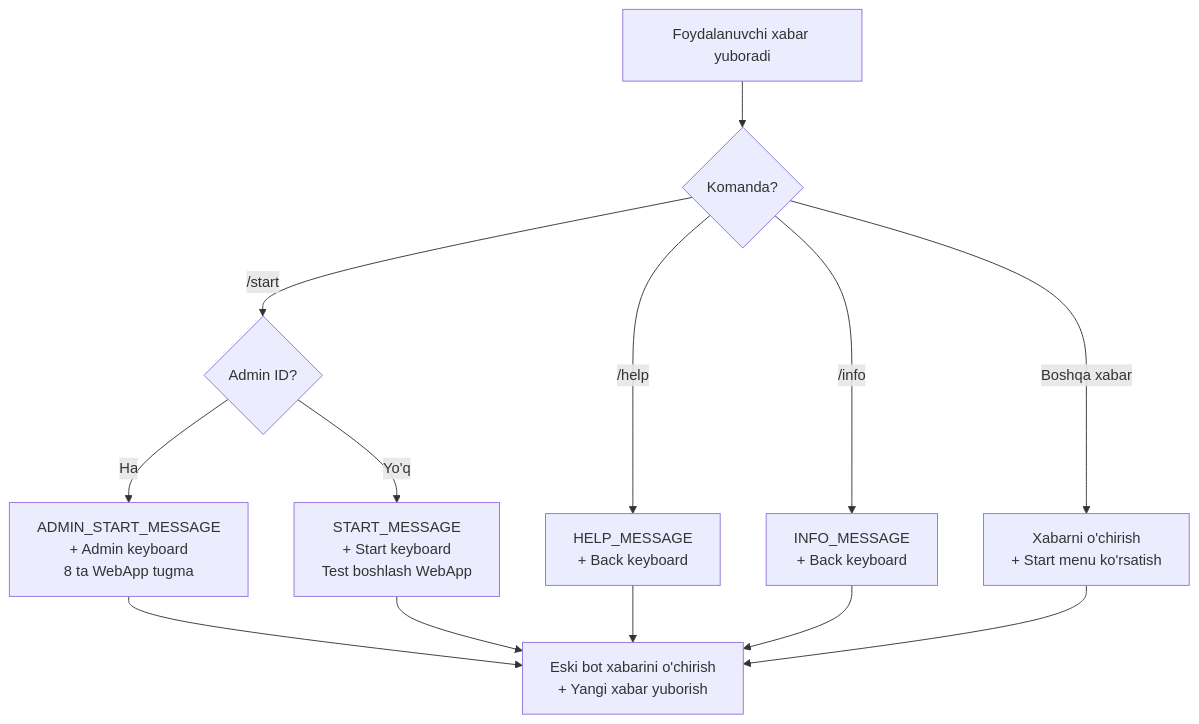
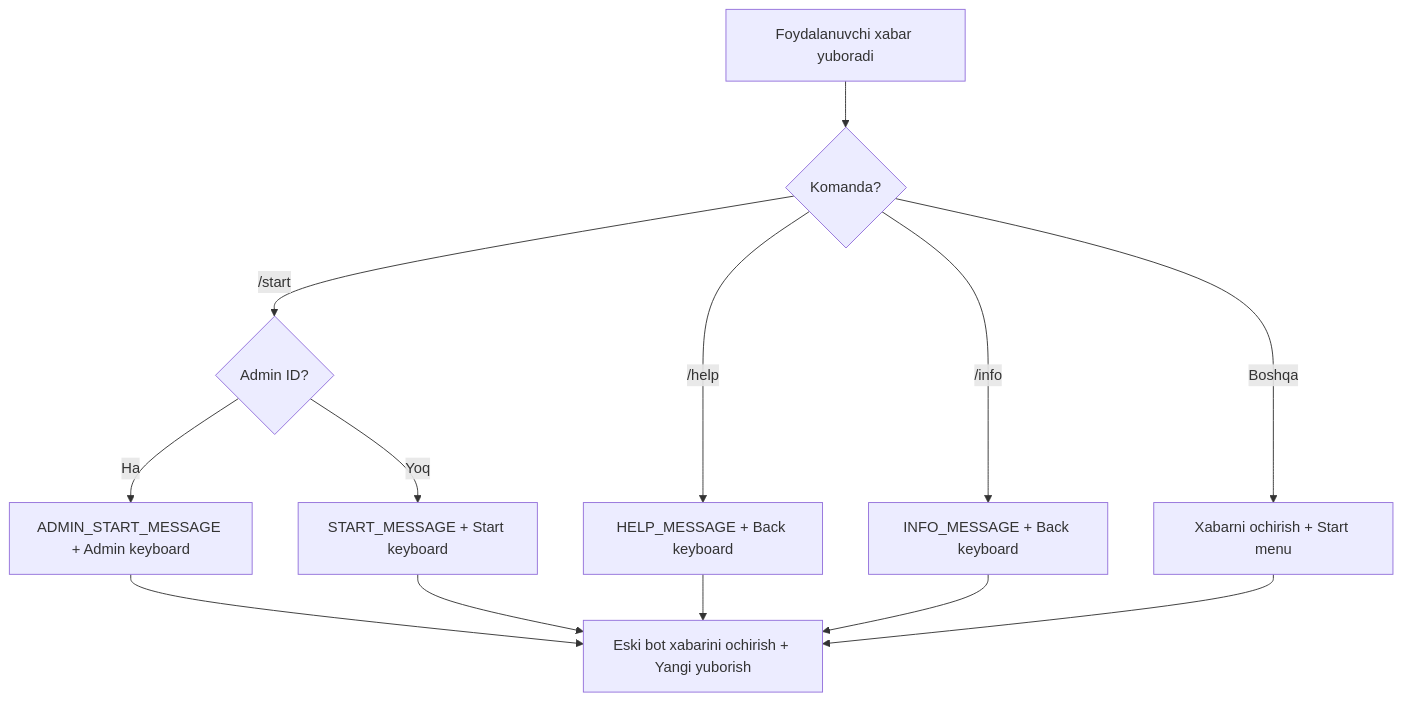
Diagram 17 of 18 in README.md (khismoiloff/BrpAvtoTest), drawn with Mermaid before and after one commit. The commit also changed other lines of this file, not shown here.

````diff
--- a/README.md
+++ b/README.md
@@ -795,18 +785,19 @@
 ```mermaid
+%%{init: {'theme': 'default'}}%%
 flowchart TD
     A[Foydalanuvchi xabar yuboradi] --> B{Komanda?}
     
     B -->|/start| C{Admin ID?}
-    C -->|Ha| D[ADMIN_START_MESSAGE<br/>+ Admin keyboard<br/>8 ta WebApp tugma]
-    C -->|Yo'q| E[START_MESSAGE<br/>+ Start keyboard<br/>Test boshlash WebApp]
+    C -->|Ha| D[ADMIN_START_MESSAGE + Admin keyboard]
+    C -->|Yoq| E[START_MESSAGE + Start keyboard]
     
-    B -->|/help| F[HELP_MESSAGE<br/>+ Back keyboard]
-    B -->|/info| G[INFO_MESSAGE<br/>+ Back keyboard]
-    B -->|Boshqa xabar| H[Xabarni o'chirish<br/>+ Start menu ko'rsatish]
+    B -->|/help| F[HELP_MESSAGE + Back keyboard]
+    B -->|/info| G[INFO_MESSAGE + Back keyboard]
+    B -->|Boshqa| H[Xabarni ochirish + Start menu]
     
-    D --> I[Eski bot xabarini o'chirish<br/>+ Yangi xabar yuborish]
+    D --> I[Eski bot xabarini ochirish + Yangi yuborish]
     E --> I
     F --> I
     G --> I
     H --> I
 ```
````
